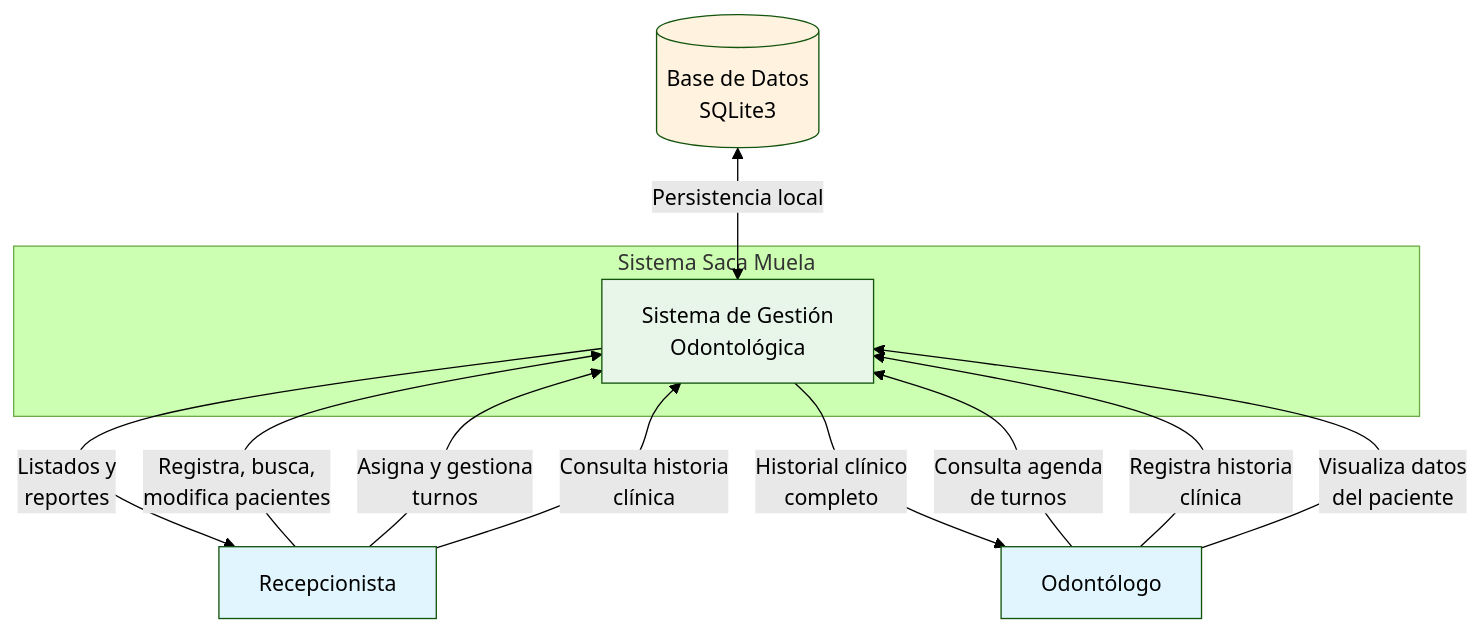
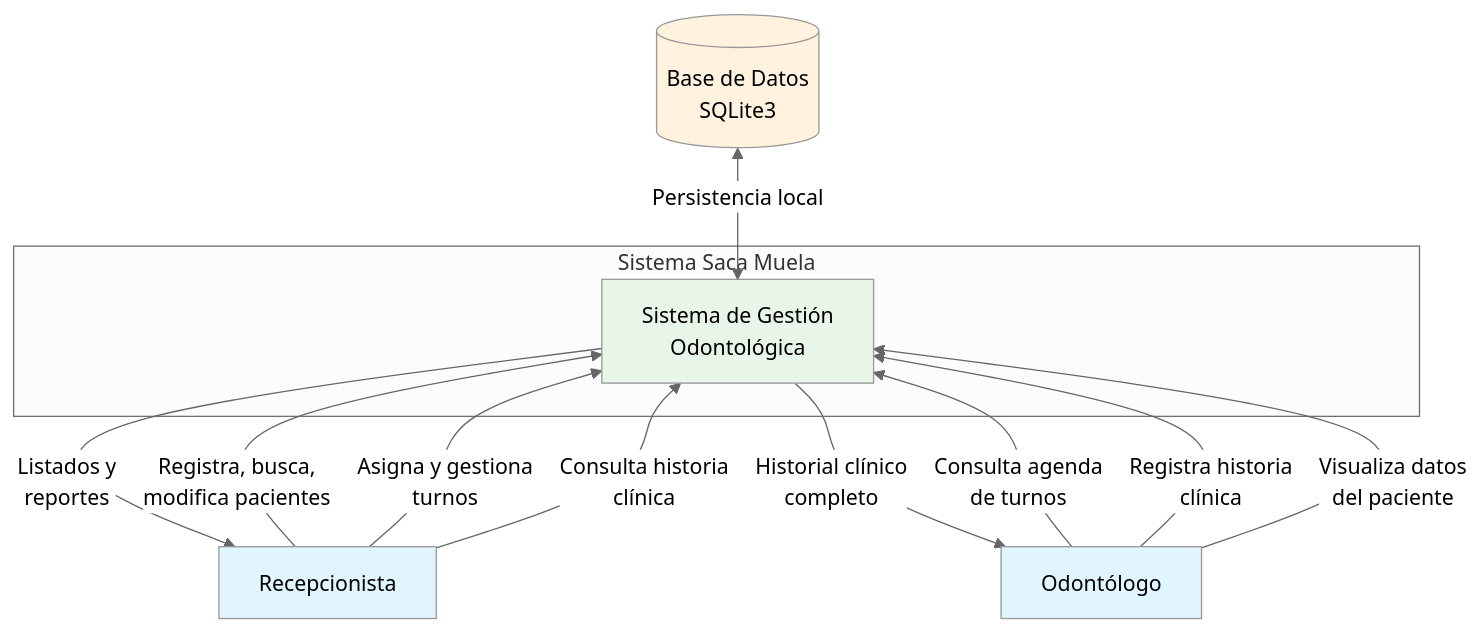
Before and after one commit to estebanmatias92/tecnicatura-algoritmos-y-estructuras-de-datos-ii: the diagram in 30-assignments/2026-06-03/code/docs/diagrama-de-contexto.md, drawn with Mermaid. The commit also changed 1 other file, not shown here.

Commit message:
Changing mermaid themes for dark background constrast

````diff
--- a/30-assignments/2026-06-03/code/docs/diagrama-de-contexto.md
+++ b/30-assignments/2026-06-03/code/docs/diagrama-de-contexto.md
@@ -5,28 +5,28 @@
 ```mermaid
 ---
 config:
-  theme: 'forest'
+  theme: 'neutral'
 ---
 graph TD
     subgraph "Sistema Saca Muela"
         SM[Sistema de Gestión<br>Odontológica]
     end
 
     A[Recepcionista] -->|Registra, busca,<br>modifica pacientes| SM
     A -->|Asigna y gestiona<br>turnos| SM
     A -->|Consulta historia<br>clínica| SM
 
     B[Odontólogo] -->|Consulta agenda<br>de turnos| SM
     B -->|Registra historia<br>clínica| SM
     B -->|Visualiza datos<br>del paciente| SM
 
     DB[(Base de Datos<br>SQLite3)] <-->|Persistencia local| SM
 
     SM -->|Listados y<br>reportes| A
     SM -->|Historial clínico<br>completo| B
 
     style A fill:#e1f5fe
     style B fill:#e1f5fe
     style DB fill:#fff3e0
     style SM fill:#e8f5e9
 ```
````
